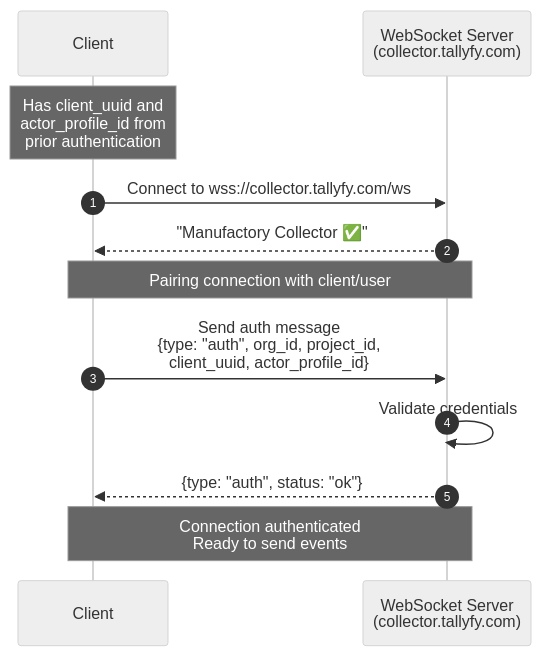
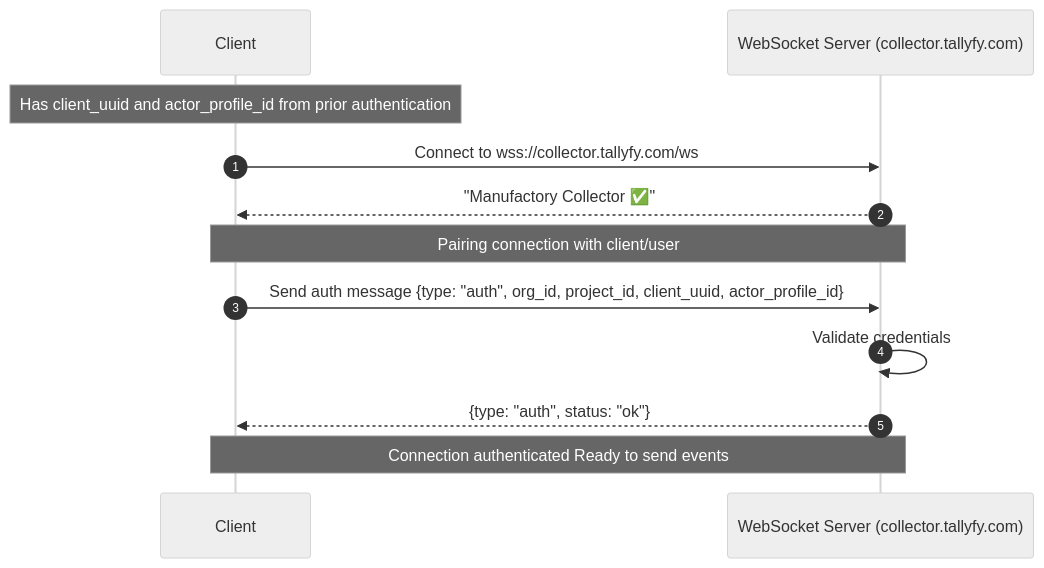
Before and after one commit to tallyfy/documentation: the diagram in src/content/docs/manufactory/collector/websocket/connect_to_ws.mdx, drawn with Mermaid. The commit also changed 46 other files, not shown here.

Commit message:
Update Mermaid notation

````diff
--- a/src/content/docs/manufactory/collector/websocket/connect_to_ws.mdx
+++ b/src/content/docs/manufactory/collector/websocket/connect_to_ws.mdx
@@ -21,20 +21,20 @@
 ```mermaid
 %%{init: {'theme':'neutral'}}%%
 sequenceDiagram
-    autonumber
-    participant C as Client
-    participant WS as WebSocket Server<br/>(collector.tallyfy.com)
-    
-    Note over C: Has client_uuid and<br/>actor_profile_id from<br/>prior authentication
-    
-    C->>WS: Connect to wss://collector.tallyfy.com/ws
-    WS-->>C: "Manufactory Collector ✅"
-    
-    Note over C,WS: Pairing connection with client/user
-    
-    C->>WS: Send auth message<br/>{type: "auth", org_id, project_id,<br/>client_uuid, actor_profile_id}
-    WS->>WS: Validate credentials
-    WS-->>C: {type: "auth", status: "ok"}
-    
-    Note over C,WS: Connection authenticated<br/>Ready to send events
+ autonumber
+ participant C as Client
+ participant WS as WebSocket Server (collector.tallyfy.com)
+ 
+ Note over C: Has client_uuid and actor_profile_id from prior authentication
+ 
+ C->>WS: Connect to wss://collector.tallyfy.com/ws
+ WS-->>C: "Manufactory Collector ✅"
+ 
+ Note over C,WS: Pairing connection with client/user
+ 
+ C->>WS: Send auth message {type: "auth", org_id, project_id, client_uuid, actor_profile_id}
+ WS->>WS: Validate credentials
+ WS-->>C: {type: "auth", status: "ok"}
+ 
+ Note over C,WS: Connection authenticated Ready to send events
 ```
````
